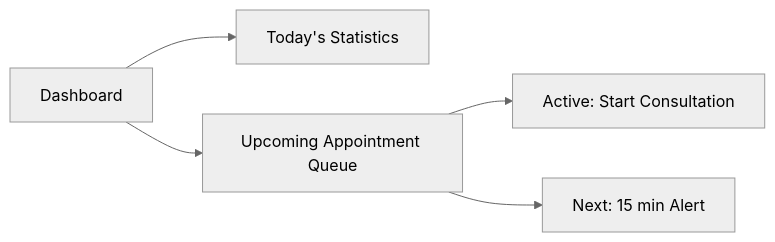
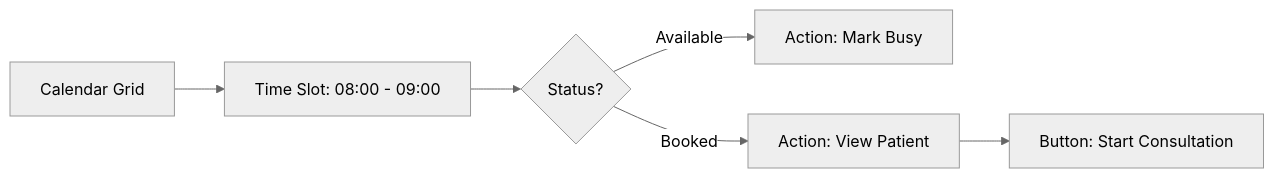
Before and after one commit to Rupesh09876/SYP---Frontend: the second of 4 diagrams in Documentation/Wireframes.md, drawn with Mermaid (neutral theme). The commit also changed other lines of this file, not shown here.

````diff
--- a/Documentation/Wireframes.md
+++ b/Documentation/Wireframes.md
@@ -49,7 +57,8 @@
 ```mermaid
 graph LR
-    A[Dashboard] --> B[Today's Statistics]
-    A --> C[Upcoming Appointment Queue]
-    C --> D[Active: Start Consultation]
-    C --> E[Next: 15 min Alert]
+    A[Calendar Grid] --> B[Time Slot: 08:00 - 09:00]
+    B --> C{Status?}
+    C -- Available --> D[Action: Mark Busy]
+    C -- Booked --> E[Action: View Patient]
+    E --> F[Button: Start Consultation]
 ```
````
